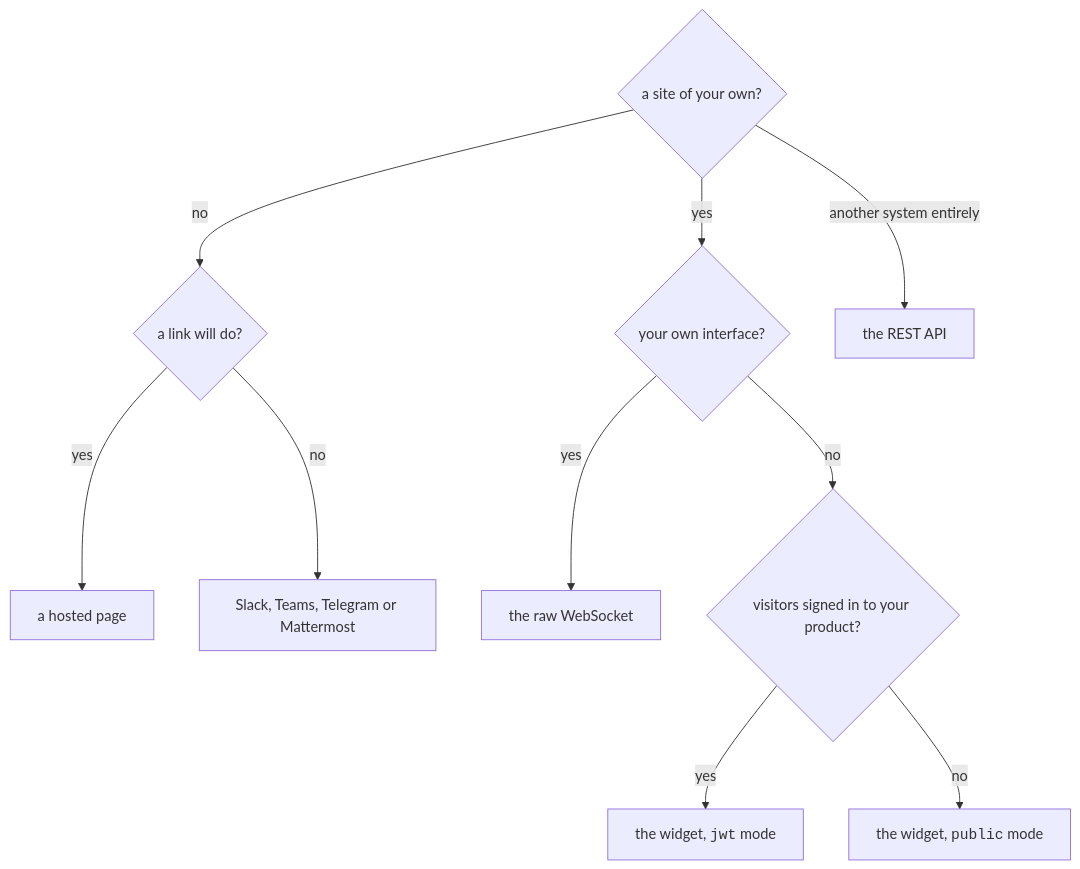
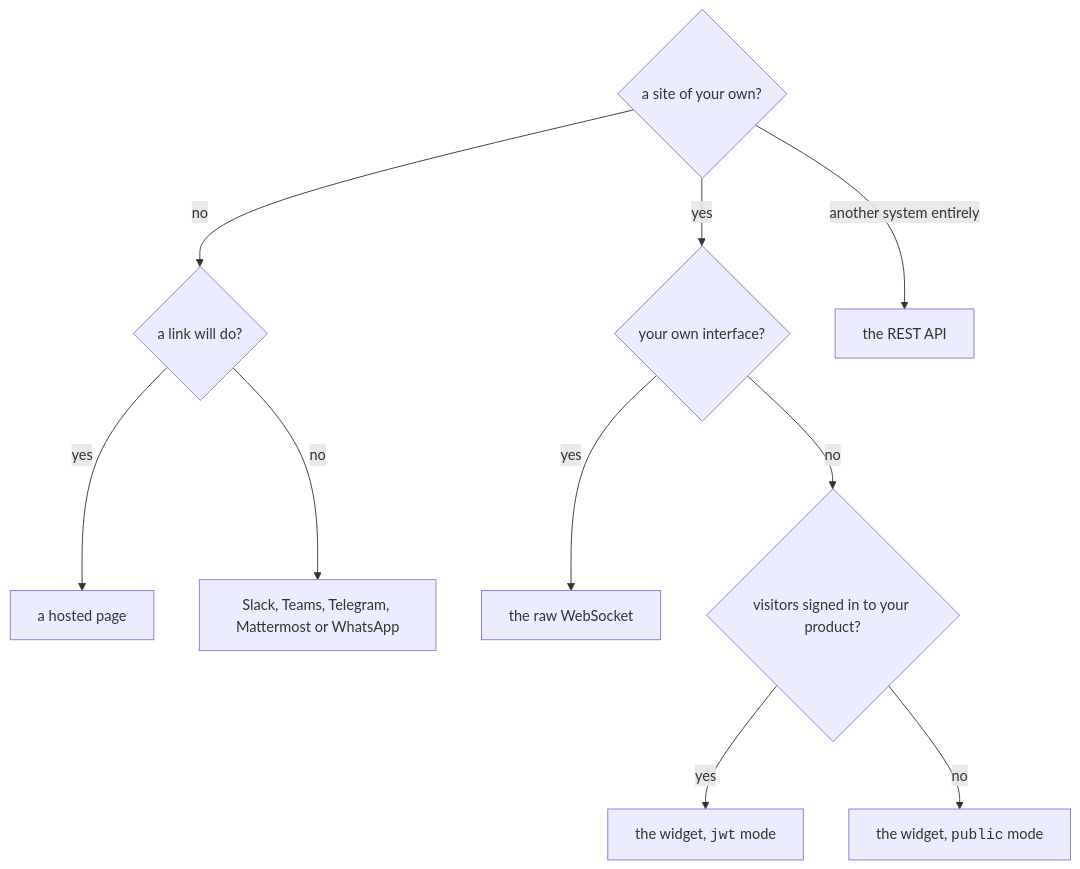
One commit to vstorm-co/agenticos changed the second of 2 diagrams in docs/channels.de.md. Above: the diagram before and after it, drawn with Mermaid. The commit also changed other lines of this file and 38 other files, not shown here.

Commit message:
docs(channels): document the WhatsApp channel

````diff
--- a/docs/channels.de.md
+++ b/docs/channels.de.md
@@ -2847,12 +2946,12 @@
 ```mermaid
 flowchart TD
     A{a site of your own?} -->|no| L{a link will do?}
     L -->|yes| H[a hosted page]
-    L -->|no| T[Slack, Teams, Telegram or Mattermost]
+    L -->|no| T[Slack, Teams, Telegram, Mattermost or WhatsApp]
     A -->|yes| U{your own interface?}
     U -->|yes| WS[the raw WebSocket]
     U -->|no| P{visitors signed in to your product?}
     P -->|yes| J["the widget, <code>jwt</code> mode"]
     P -->|no| PB["the widget, <code>public</code> mode"]
     A -->|another system entirely| API["the REST API"]
 ```
````
